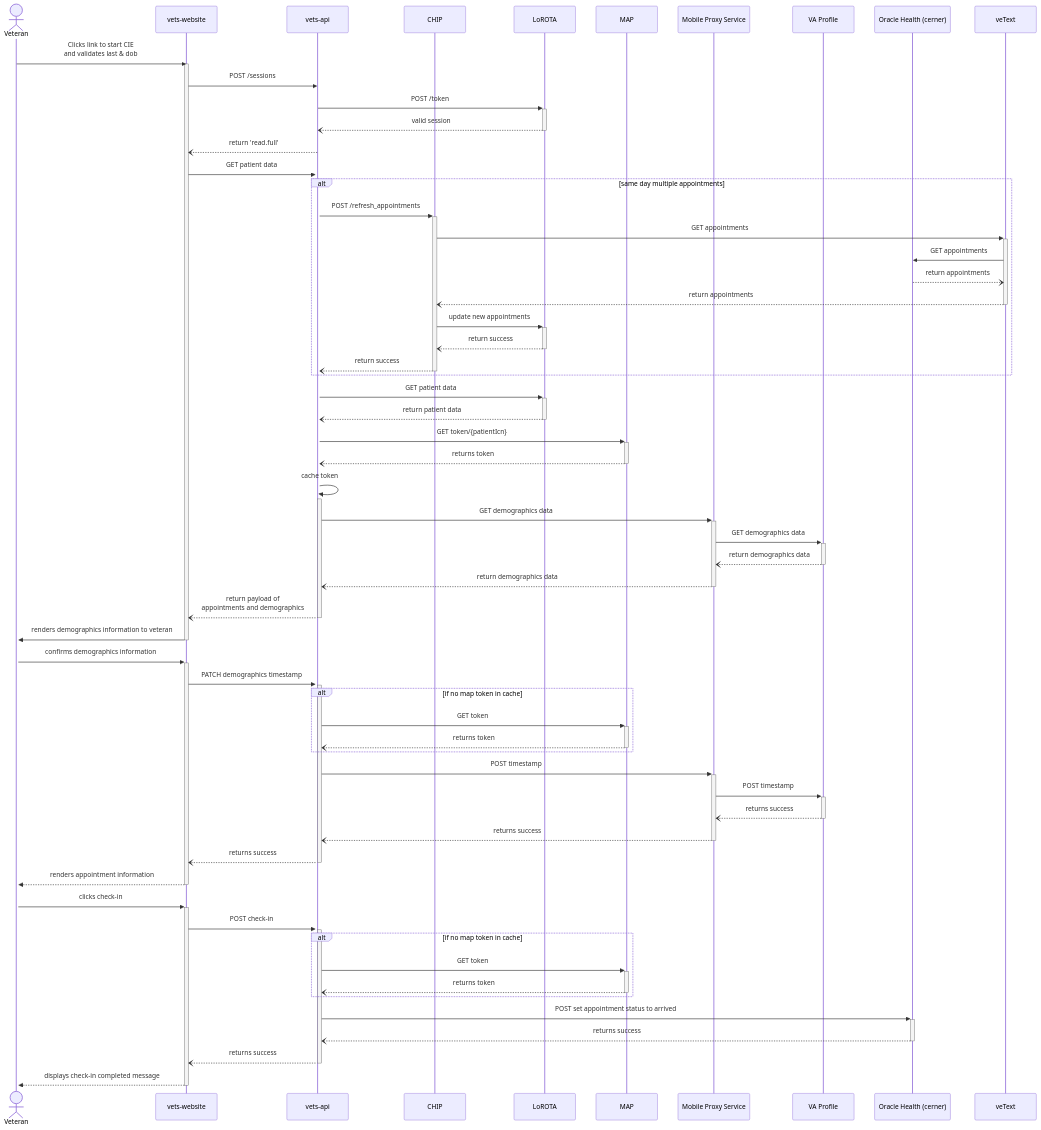
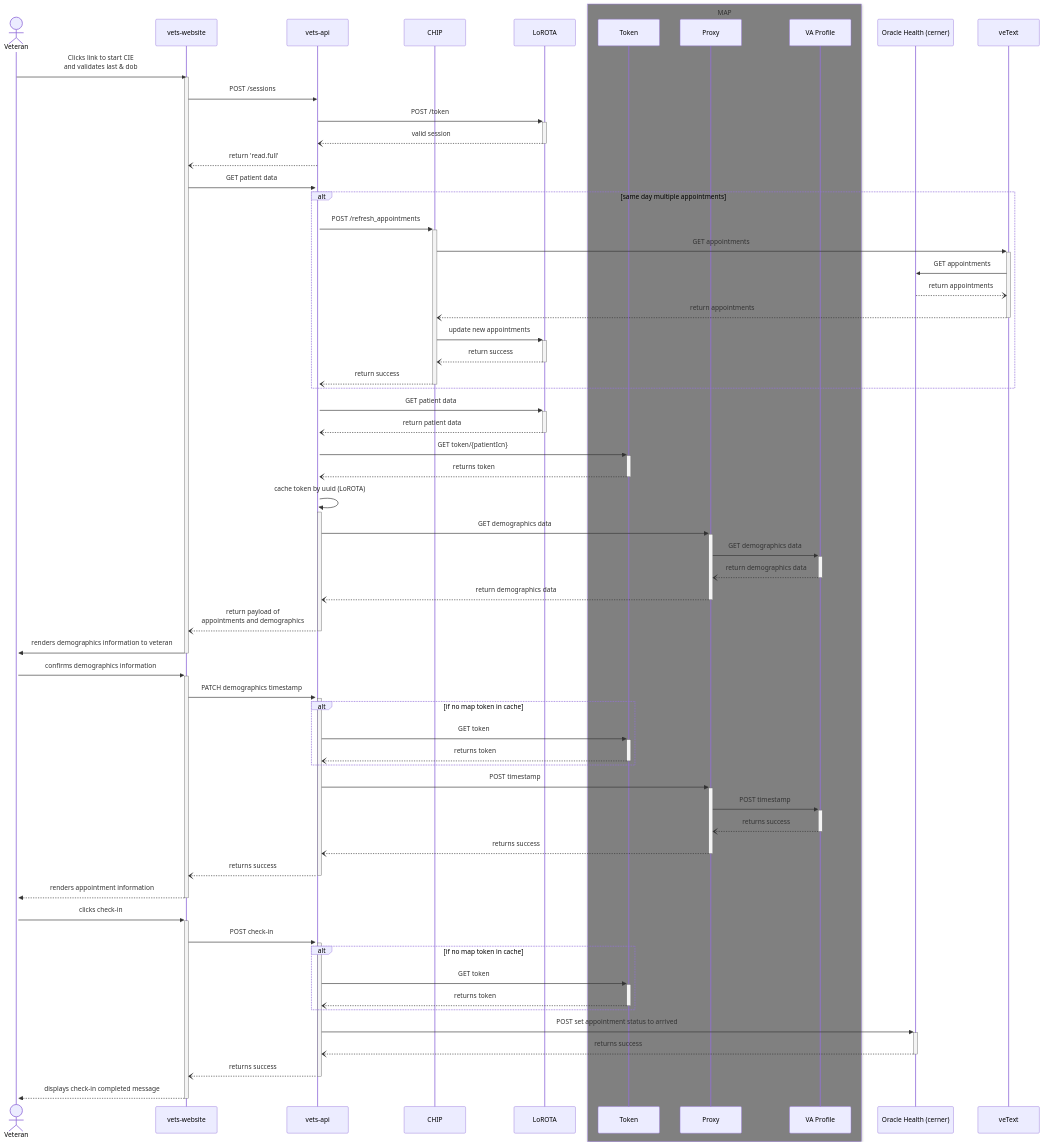
Before and after one commit to department-of-veterans-affairs/va.gov-team: the second of 2 diagrams in products/health-care/checkin/engineering/oracle-health-cerner-integration.md, drawn with Mermaid.

Commit message:
Update sequence diagram

````diff
--- a/products/health-care/checkin/engineering/oracle-health-cerner-integration.md
+++ b/products/health-care/checkin/engineering/oracle-health-cerner-integration.md
@@ -47,63 +47,65 @@
 ```mermaid
 sequenceDiagram
     actor vet as Veteran
     participant web as vets-website
     participant api as vets-api
     participant ch as CHIP
     participant l as LoROTA
-    participant map as MAP
-    participant proxy as Mobile Proxy Service
-    participant pro as VA Profile
+    box grey MAP
+        participant token as Token
+        participant proxy as Proxy
+        participant pro as VA Profile
+    end
     participant ce as Oracle Health (cerner)
         vet->>web: Clicks link to start CIE <br> and validates last & dob
         activate web
         web->>api: POST /sessions
         api->>+l: POST /token
         l--)-api: valid session
         api--)web: return 'read.full'
         web->>+api: GET patient data
         alt same day multiple appointments
             api->>+ch: POST /refresh_appointments
             ch->>+veText: GET appointments
             veText->>ce: GET appointments
             ce--)veText: return appointments
             veText--)-ch: return appointments
             ch->>+l: update new appointments
             l--)-ch: return success
             ch--)-api: return success
         end
         api->>+l: GET patient data
         l--)-api: return patient data
-        api->>+map: GET token/{patientIcn}
-        map--)-api: returns token
-        api->>+api: cache token
+        api->>+token: GET token/{patientIcn}
+        token--)-api: returns token
+        api->>+api: cache token by uuid (LoROTA)
         api->>+proxy: GET demographics data
         proxy->>+pro: GET demographics data
         pro--)-proxy: return demographics data
         proxy--)-api: return demographics data
         api--)-web: return payload of <br> appointments and demographics
         web->>+vet: renders demographics information to veteran
         deactivate web
         vet->>+web: confirms demographics information
         web->>+api: PATCH demographics timestamp
         alt if no map token in cache
-            api->>+map: GET token
-            map--)-api: returns token
+            api->>+token: GET token
+            token--)-api: returns token
         end
         api->>+proxy: POST timestamp
         proxy->>+pro: POST timestamp
         pro--)-proxy: returns success
         proxy--)-api: returns success
         api--)-web: returns success
         web-->>-vet: renders appointment information
         vet->>+web: clicks check-in
         web->>+api: POST check-in
         alt if no map token in cache
-            api->>+map: GET token
-            map--)-api: returns token
+            api->>+token: GET token
+            token--)-api: returns token
         end
         api->>+ce: POST set appointment status to arrived
         ce--)-api: returns success
         api--)-web: returns success
         web-->>-vet: displays check-in completed message
 ```
````
